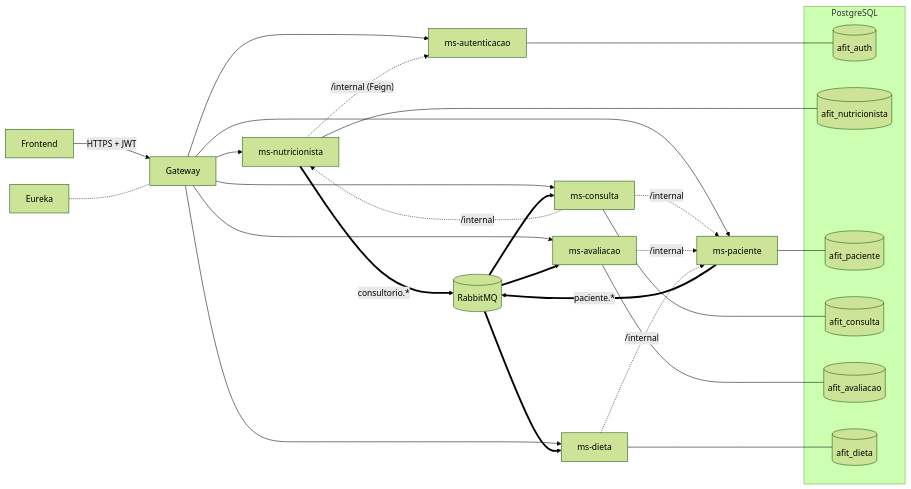
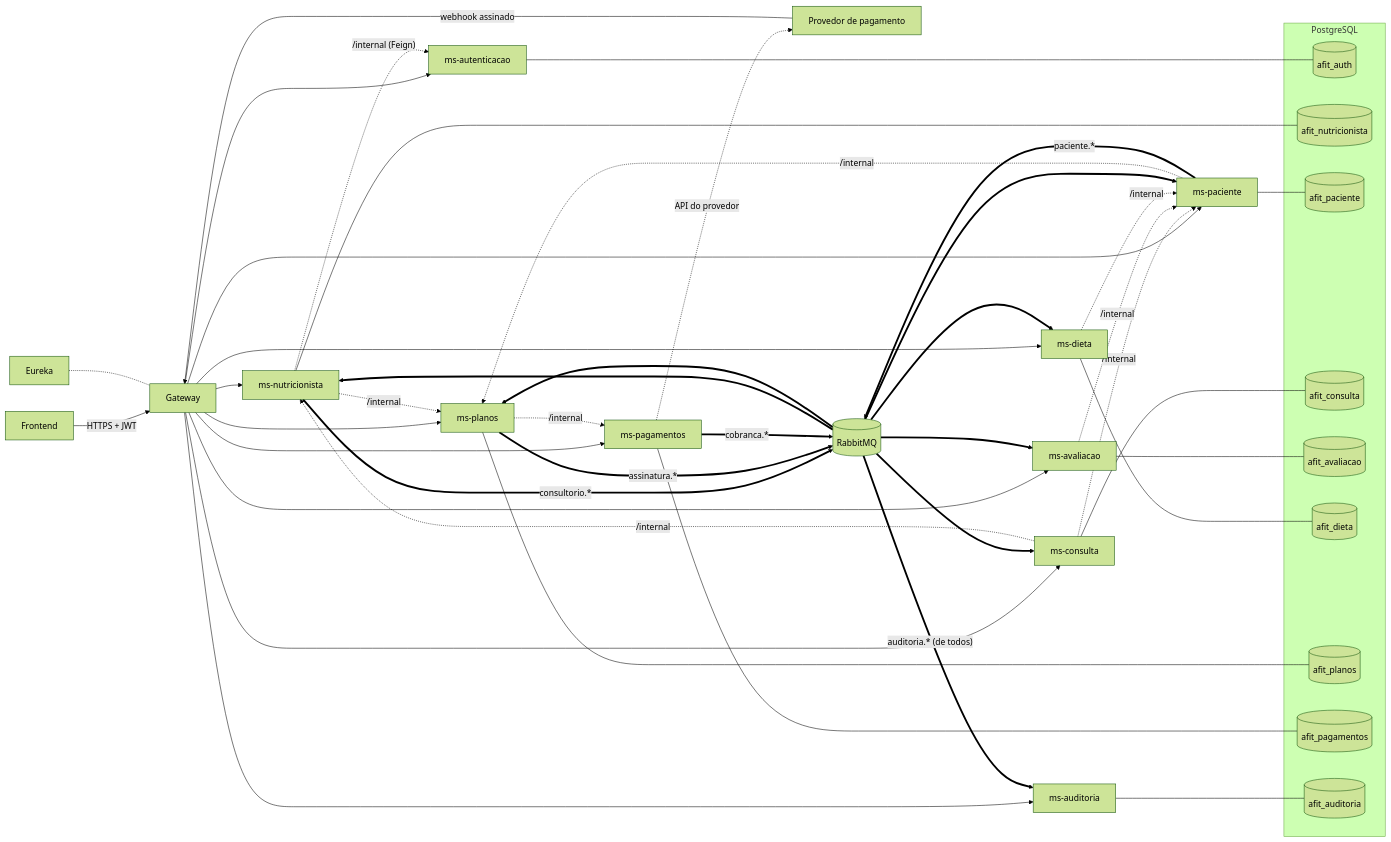
The first of 4 diagrams in docs/ARQUITETURA.md (AFITCENTER/AFitCenter), drawn with Mermaid (forest theme) before and after one commit. The commit also changed other lines of this file and 1 other file, not shown here.

First line of the commit message:
Documenta assinatura, pagamentos e auditoria na arquitetura

````diff
--- a/docs/ARQUITETURA.md
+++ b/docs/ARQUITETURA.md
@@ -7,39 +7,59 @@
 ```mermaid
 flowchart LR
     FE[Frontend] -->|HTTPS + JWT| GW[Gateway]
     GW --> AUTH[ms-autenticacao]
     GW --> NUT[ms-nutricionista]
     GW --> PAC[ms-paciente]
     GW --> CON[ms-consulta]
     GW --> AVA[ms-avaliacao]
     GW --> DIE[ms-dieta]
+    GW --> PLA[ms-planos]
+    GW --> PAG[ms-pagamentos]
+    GW --> AUD[ms-auditoria]
+    PSP[Provedor de pagamento] -->|webhook assinado| GW
 
     NUT -. "/internal (Feign)" .-> AUTH
     CON -. "/internal" .-> PAC
     CON -. "/internal" .-> NUT
     AVA -. "/internal" .-> PAC
     DIE -. "/internal" .-> PAC
+    PAC -. "/internal" .-> PLA
+    NUT -. "/internal" .-> PLA
+    PLA -. "/internal" .-> PAG
+    PAG -. "API do provedor" .-> PSP
 
     PAC == "paciente.*" ==> MQ[(RabbitMQ)]
     NUT == "consultorio.*" ==> MQ
+    PLA == "assinatura.*" ==> MQ
+    PAG == "cobranca.*" ==> MQ
     MQ ==> CON
     MQ ==> AVA
     MQ ==> DIE
+    MQ ==> PAC
+    MQ ==> NUT
+    MQ ==> PLA
+    MQ == "auditoria.* (de todos)" ==> AUD
 
     REG[Eureka] -.- GW
 
     subgraph PG[PostgreSQL]
         DB1[(afit_auth)]
         DB2[(afit_nutricionista)]
         DB3[(afit_paciente)]
         DB4[(afit_consulta)]
         DB5[(afit_avaliacao)]
         DB6[(afit_dieta)]
+        DB7[(afit_planos)]
+        DB8[(afit_pagamentos)]
+        DB9[(afit_auditoria)]
     end
     AUTH --- DB1
     NUT --- DB2
     PAC --- DB3
     CON --- DB4
     AVA --- DB5
     DIE --- DB6
+    PLA --- DB7
+    PAG --- DB8
+    AUD --- DB9
 ```
````
